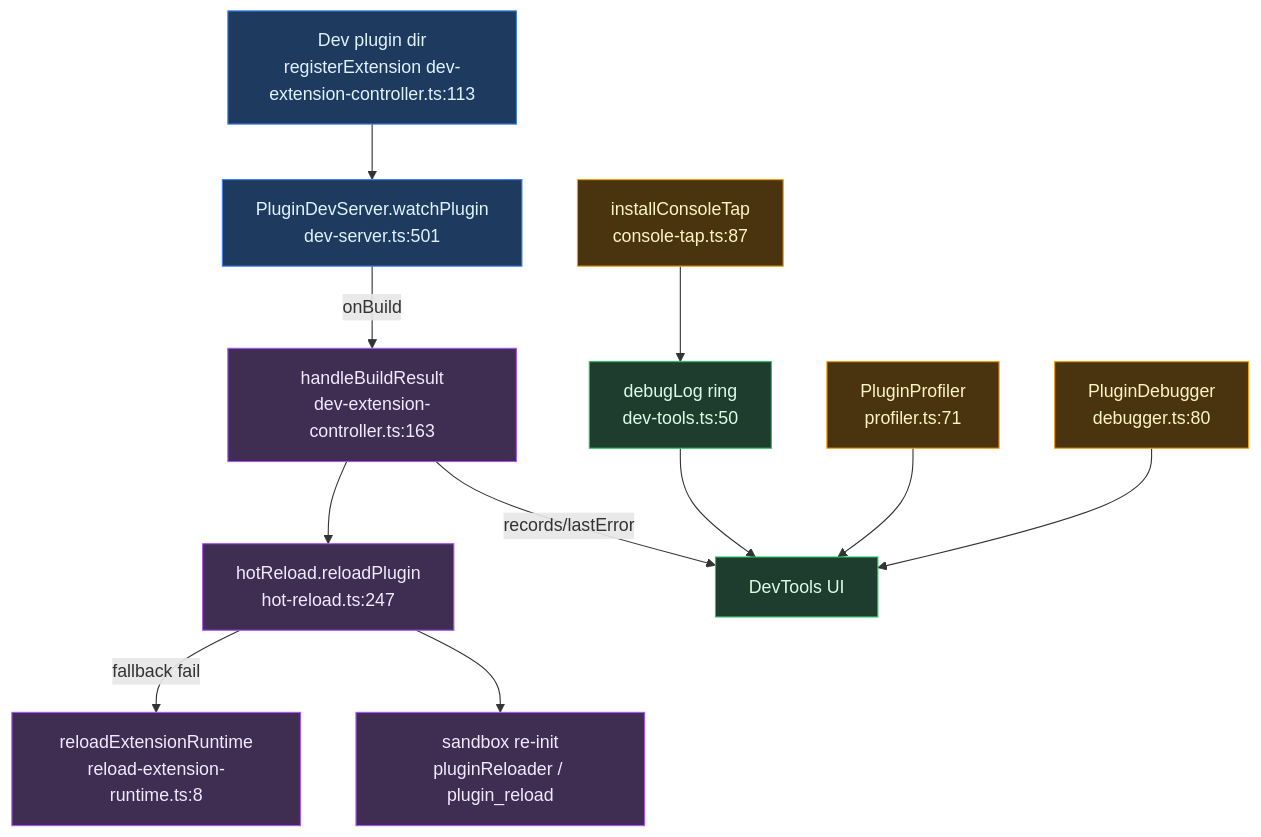
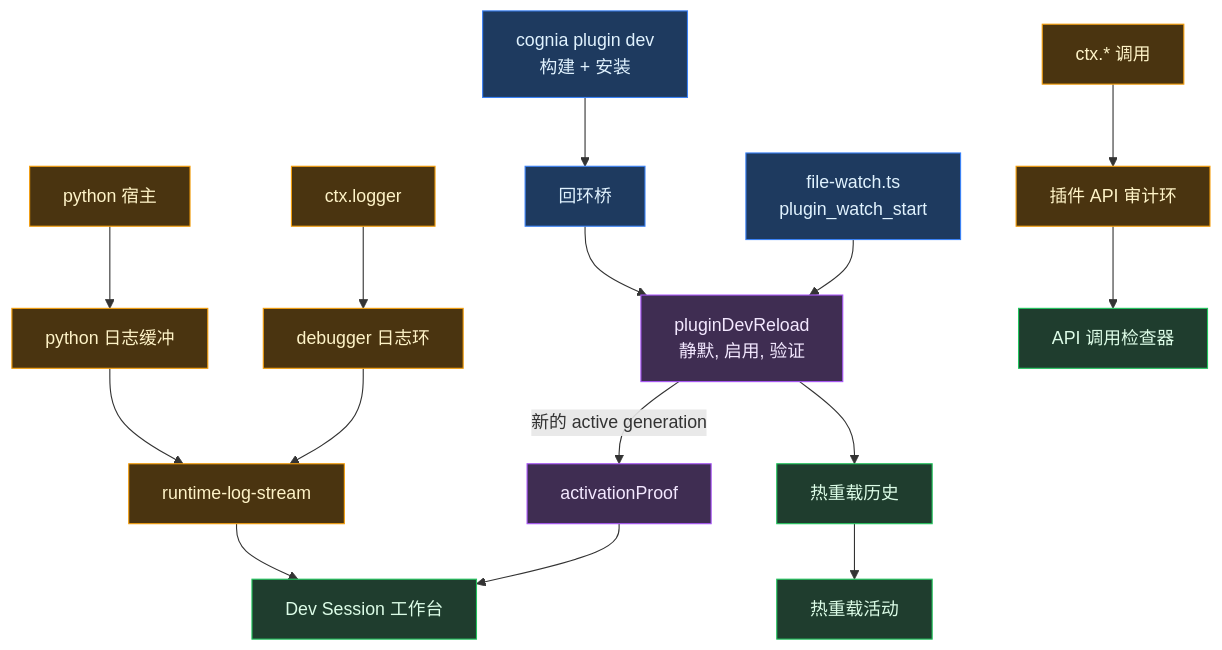
The second of 2 diagrams in docs/content/docs/zh/subsystems/plugin-system/dexie-and-devtools.mdx (MaxQian888/cognia-next), drawn with Mermaid before and after one commit. The commit also changed other lines of this file and 30 other files, not shown here.

First line of the commit message:
feat(plugins): make a development build look like one, and act on a dirty runtime

````diff
--- a/docs/content/docs/zh/subsystems/plugin-system/dexie-and-devtools.mdx
+++ b/docs/content/docs/zh/subsystems/plugin-system/dexie-and-devtools.mdx
@@ -223,22 +186,26 @@
 ```mermaid
 flowchart TD
-  DIR["Dev plugin dir<br/>registerExtension dev-extension-controller.ts:113"] --> DS["PluginDevServer.watchPlugin<br/>dev-server.ts:501"]
-  DS --"onBuild"--> CTRL["handleBuildResult<br/>dev-extension-controller.ts:163"]
-  CTRL --> HR["hotReload.reloadPlugin<br/>hot-reload.ts:247"]
-  HR --"fallback fail"--> RE["reloadExtensionRuntime<br/>reload-extension-runtime.ts:8"]
-  HR --> SBX["sandbox re-init<br/>pluginReloader / plugin_reload"]
-  TAP["installConsoleTap<br/>console-tap.ts:87"] --> RING["debugLog ring<br/>dev-tools.ts:50"]
-  PROF["PluginProfiler<br/>profiler.ts:71"] --> UI["DevTools UI"]
-  DBG["PluginDebugger<br/>debugger.ts:80"] --> UI
-  RING --> UI
-  CTRL --"records/lastError"--> UI
+  CLI["cognia plugin dev<br/>构建 + 安装"] --> BR["回环桥"]
+  WATCH["file-watch.ts<br/>plugin_watch_start"] --> RELOAD
+  BR --> RELOAD["pluginDevReload<br/>静默, 启用, 验证"]
+  RELOAD --"新的 active generation"--> PROOF["activationProof"]
+  RELOAD --> HIST["热重载历史"]
+  PROOF --> WB["Dev Session 工作台"]
+  HIST --> DIAG["热重载活动"]
+  LOGGER["ctx.logger"] --> RING["debugger 日志环"]
+  PYHOST["python 宿主"] --> PYBUF["python 日志缓冲"]
+  RING --> STREAM["runtime-log-stream"]
+  PYBUF --> STREAM
+  STREAM --> WB
+  CTX["ctx.* 调用"] --> AUDIT["插件 API 审计环"]
+  AUDIT --> API["API 调用检查器"]
 
   classDef dev fill:#1e3a5f,stroke:#3b82f6,color:#e0f2fe
   classDef reload fill:#3f2d52,stroke:#a855f7,color:#f3e8ff
   classDef instrument fill:#4a3410,stroke:#f59e0b,color:#fef3c7
   classDef sink fill:#1f3d2e,stroke:#22c55e,color:#dcfce7
-  class DIR,DS dev
-  class CTRL,HR,RE,SBX reload
-  class TAP,PROF,DBG instrument
-  class RING,UI sink
+  class CLI,BR,WATCH dev
+  class RELOAD,PROOF reload
+  class LOGGER,PYHOST,RING,PYBUF,STREAM,CTX,AUDIT instrument
+  class WB,DIAG,API,HIST sink
 ```
````
